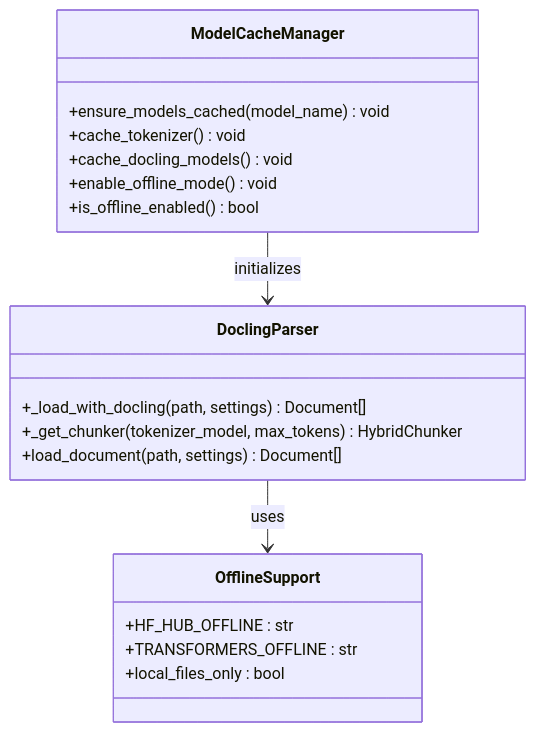
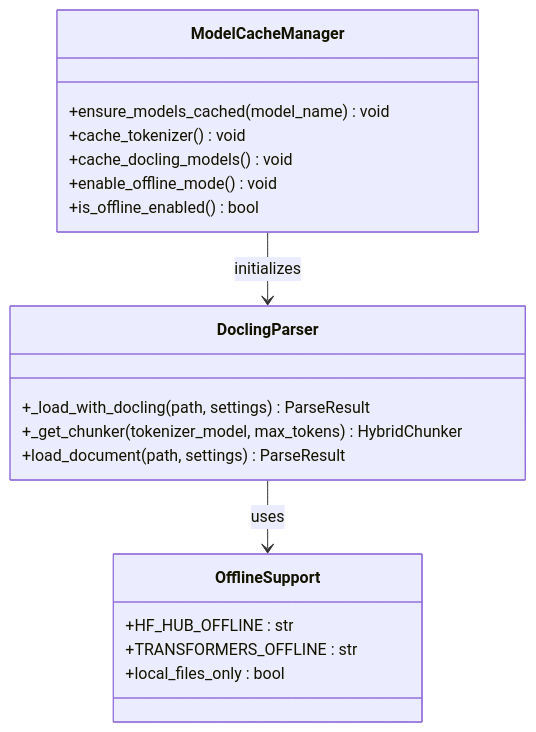
Before and after one commit to ognelis/cafetera_hr_bot: the eighth of 13 diagrams in .qoder/repowiki/en/content/RAG Integration/RAG Parser Enhancement.md, drawn with Mermaid. The commit also changed other lines of this file and 9 other files, not shown here.

````diff
--- a/.qoder/repowiki/en/content/RAG Integration/RAG Parser Enhancement.md
+++ b/.qoder/repowiki/en/content/RAG Integration/RAG Parser Enhancement.md
@@ -341,22 +410,22 @@
 ```mermaid
 classDiagram
 class ModelCacheManager {
 +ensure_models_cached(model_name) void
 +cache_tokenizer() void
 +cache_docling_models() void
 +enable_offline_mode() void
 +is_offline_enabled() bool
 }
 class DoclingParser {
-+_load_with_docling(path, settings) Document[]
++_load_with_docling(path, settings) ParseResult
 +_get_chunker(tokenizer_model, max_tokens) HybridChunker
-+load_document(path, settings) Document[]
++load_document(path, settings) ParseResult
 }
 class OfflineSupport {
 +HF_HUB_OFFLINE : str
 +TRANSFORMERS_OFFLINE : str
 +local_files_only : bool
 }
 ModelCacheManager --> DoclingParser : initializes
 DoclingParser --> OfflineSupport : uses
 ```
````
